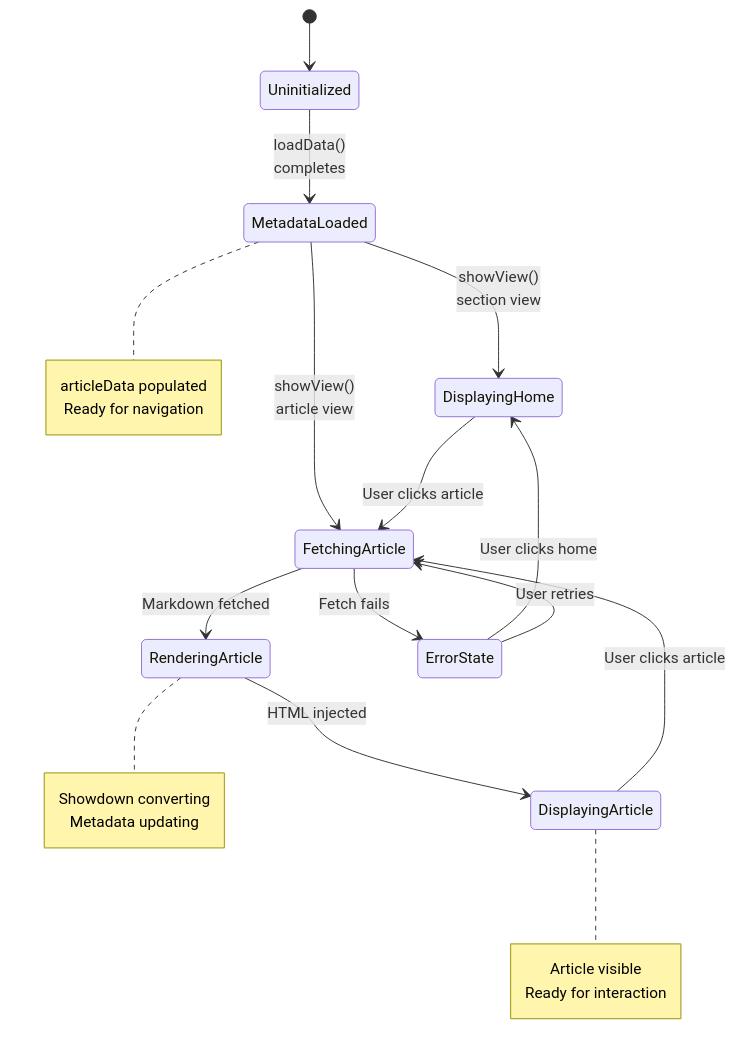
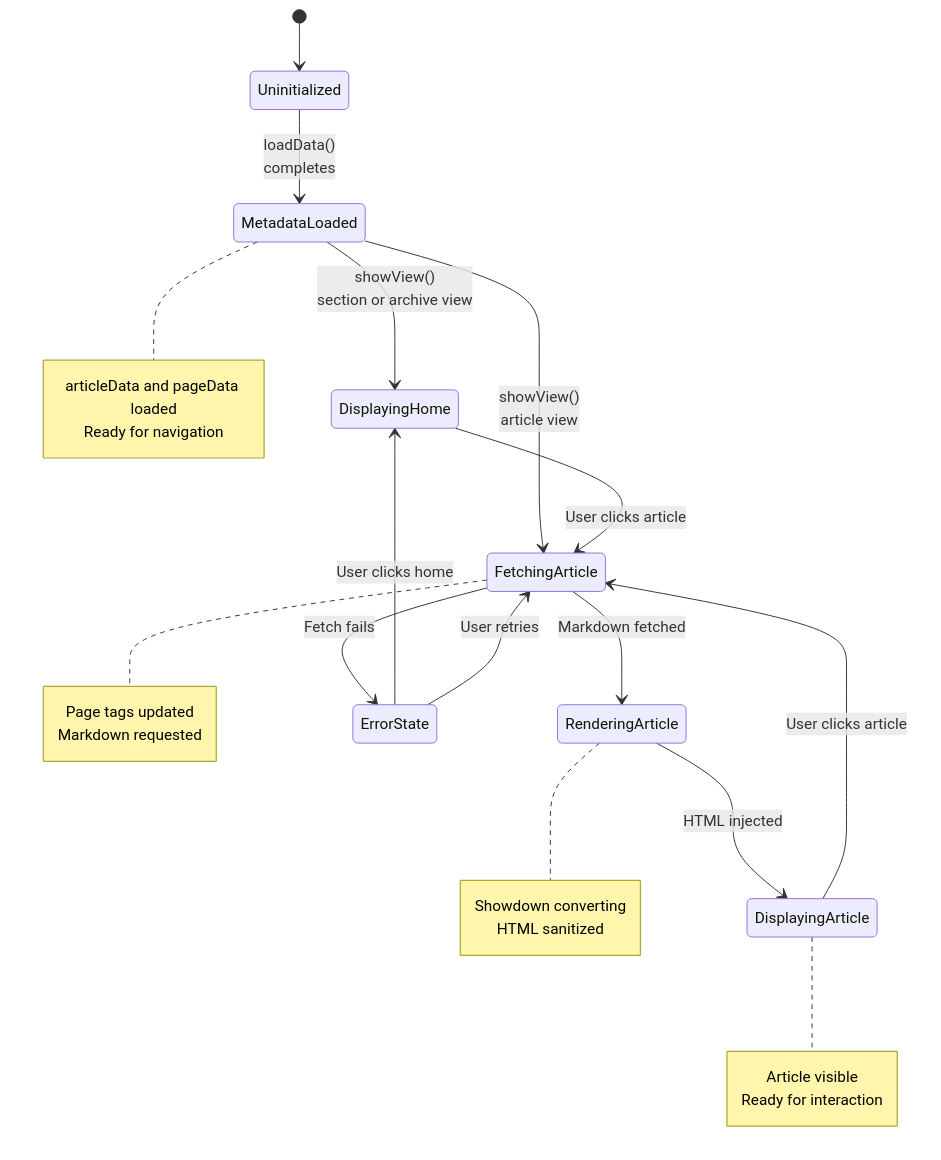
The fifth of 5 diagrams in docs/architecture/data-flow.md (AlexJSully/Small-Dev-Talk), drawn with Mermaid before and after one commit. The commit also changed other lines of this file and 6 other files, not shown here.

````diff
--- a/docs/architecture/data-flow.md
+++ b/docs/architecture/data-flow.md
@@ -233,31 +233,36 @@
 ```mermaid
 stateDiagram-v2
     accTitle: ArticleFiller state transitions
     accDescr: States move from Uninitialized to MetadataLoaded after loadData(), then to DisplayingHome or FetchingArticle, then RenderingArticle and DisplayingArticle. A failed fetch enters ErrorState, with paths back to the homepage or a retry.
     [*] --> Uninitialized
     Uninitialized --> MetadataLoaded: loadData()<br/>completes
-    MetadataLoaded --> DisplayingHome: showView()<br/>section view
+    MetadataLoaded --> DisplayingHome: showView()<br/>section or archive view
     MetadataLoaded --> FetchingArticle: showView()<br/>article view
     FetchingArticle --> RenderingArticle: Markdown fetched
     RenderingArticle --> DisplayingArticle: HTML injected
     DisplayingArticle --> FetchingArticle: User clicks article
     DisplayingHome --> FetchingArticle: User clicks article
     FetchingArticle --> ErrorState: Fetch fails
     ErrorState --> DisplayingHome: User clicks home
     ErrorState --> FetchingArticle: User retries
 
     note right of MetadataLoaded
-        articleData populated
+        articleData and pageData loaded
         Ready for navigation
+    end note
+
+    note right of FetchingArticle
+        Page tags updated
+        Markdown requested
     end note
 
     note right of RenderingArticle
         Showdown converting
-        Metadata updating
+        HTML sanitized
     end note
 
     note right of DisplayingArticle
         Article visible
         Ready for interaction
     end note
 ```
````
